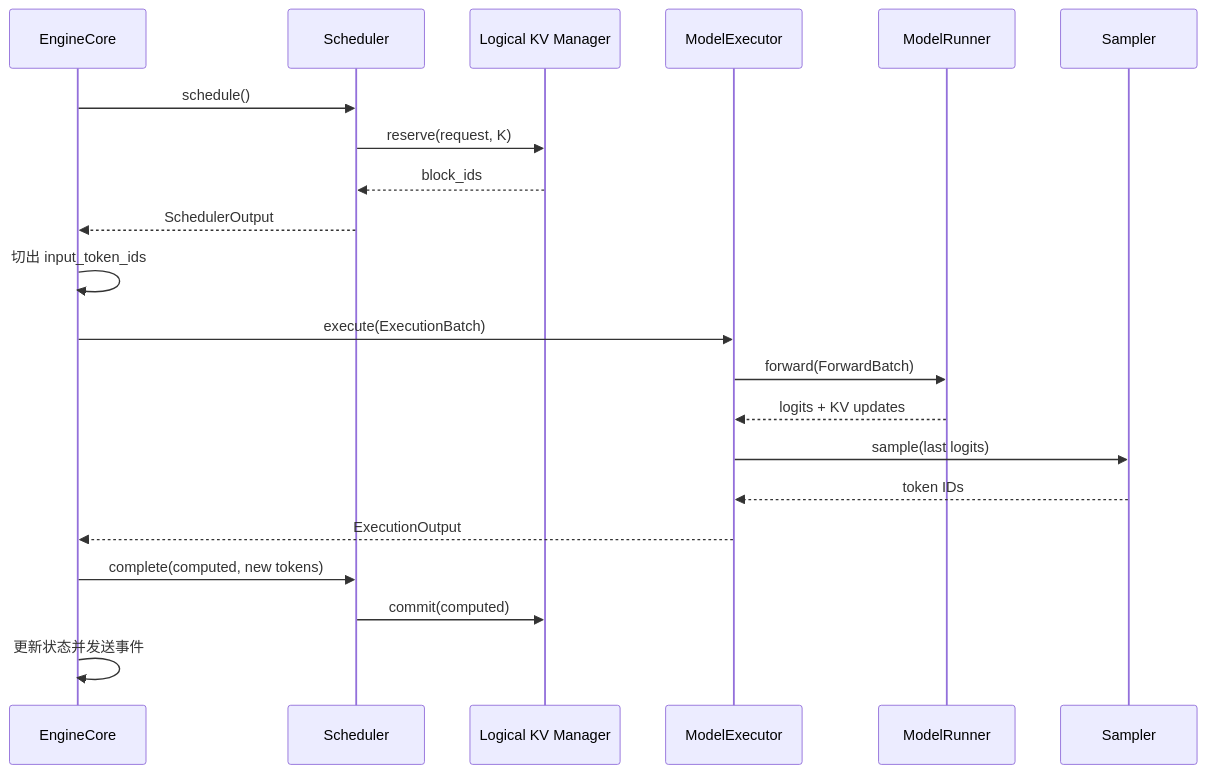
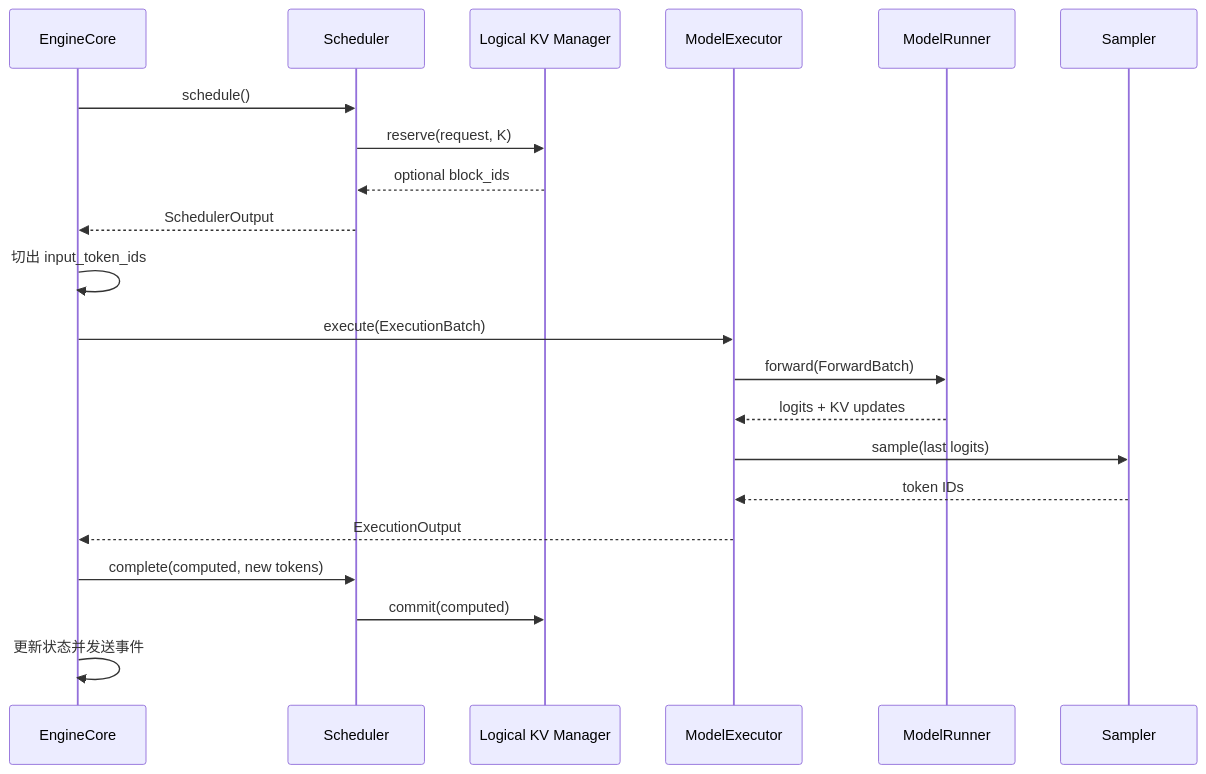
Before and after one commit to poorpaper/light-vllm: the second of 3 diagrams in docs/design.md, drawn with Mermaid. The commit also changed other lines of this file and 6 other files, not shown here.

Commit message:
refactor: make KV block tables optional

````diff
--- a/docs/design.md
+++ b/docs/design.md
@@ -88,24 +88,24 @@
 ```mermaid
 sequenceDiagram
     participant E as EngineCore
     participant S as Scheduler
     participant K as Logical KV Manager
     participant X as ModelExecutor
     participant M as ModelRunner
     participant P as Sampler
 
     E->>S: schedule()
     S->>K: reserve(request, K)
-    K-->>S: block_ids
+    K-->>S: optional block_ids
     S-->>E: SchedulerOutput
     E->>E: 切出 input_token_ids
     E->>X: execute(ExecutionBatch)
     X->>M: forward(ForwardBatch)
     M-->>X: logits + KV updates
     X->>P: sample(last logits)
     P-->>X: token IDs
     X-->>E: ExecutionOutput
     E->>S: complete(computed, new tokens)
     S->>K: commit(computed)
     E->>E: 更新状态并发送事件
 ```
````
